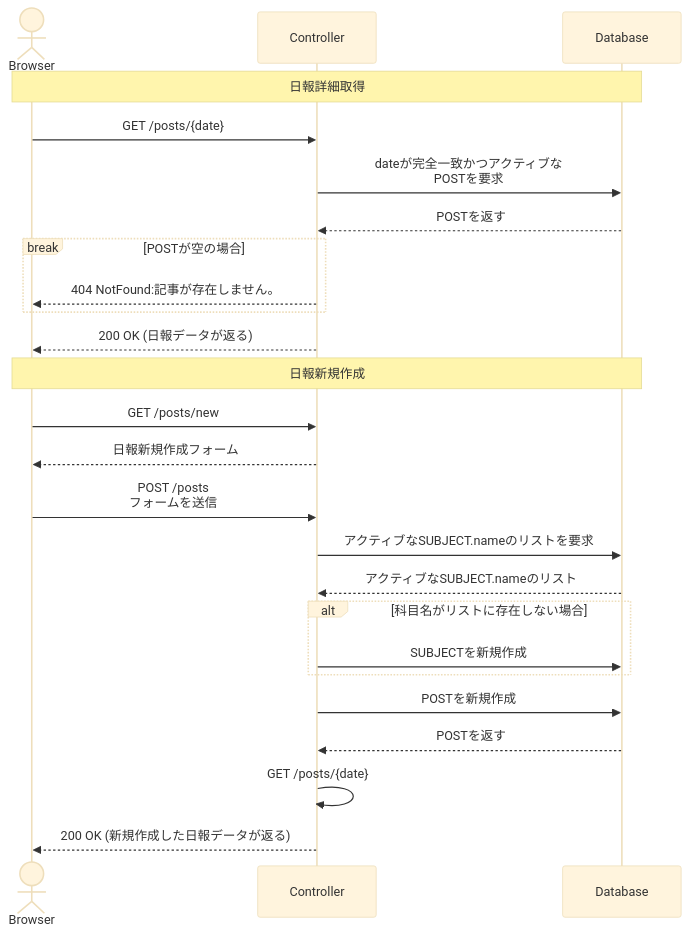
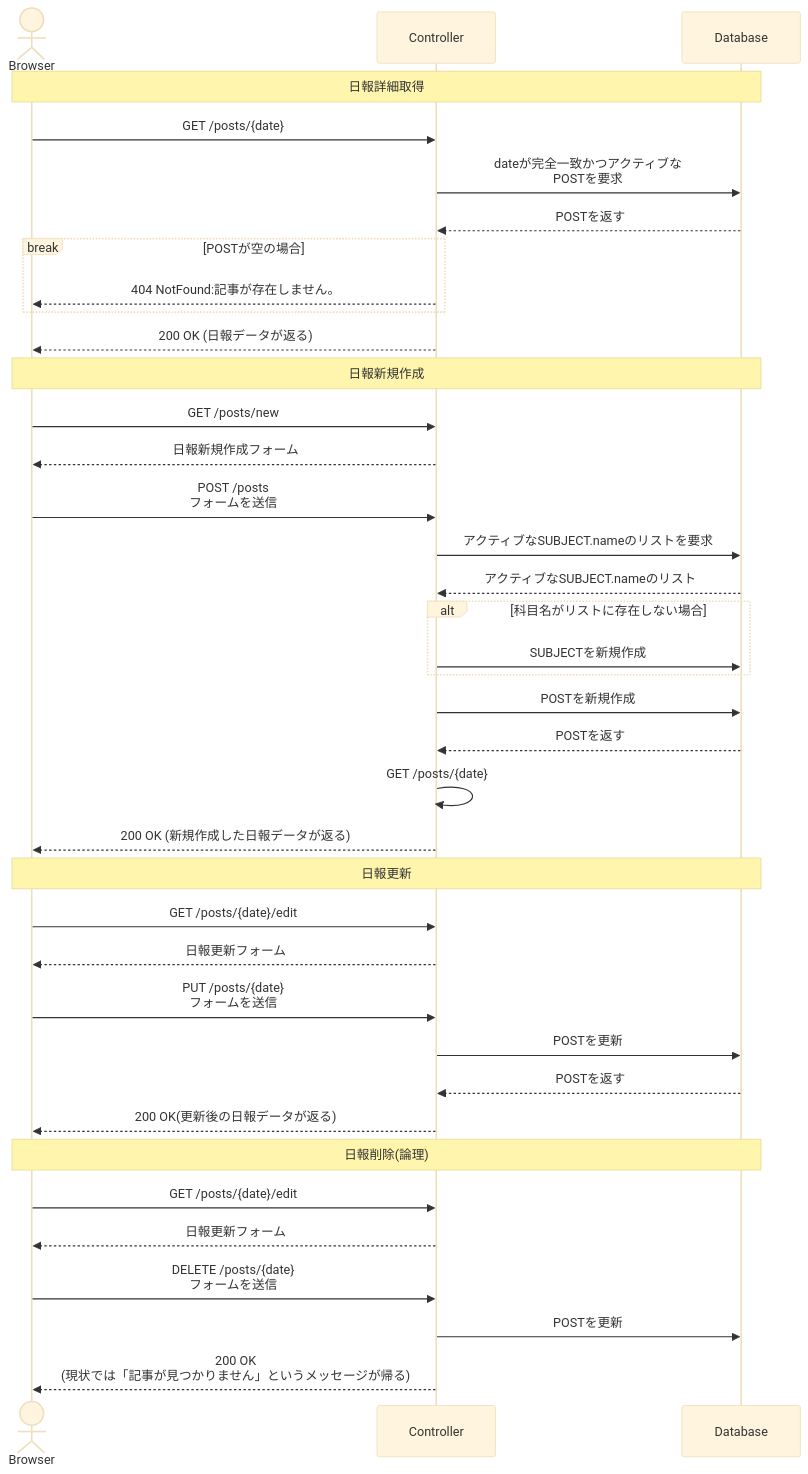
The second of 3 diagrams in README.md (saway261/study-logs), drawn with Mermaid (base theme) before and after one commit. The commit also changed other lines of this file, not shown here.

Commit message:
docs: README.md修正

````diff
--- a/README.md
+++ b/README.md
@@ -63,29 +63,44 @@
 ```mermaid
 sequenceDiagram
     actor Browser
     participant C as Controller
     participant DB as Database
     
     Note over Browser, DB: 日報詳細取得
     Browser ->> C: GET /posts/{date}
     C ->> DB: dateが完全一致かつアクティブな<br>POSTを要求
     DB -->> C: POSTを返す
     break POSTが空の場合
         C -->> Browser: 404 NotFound:記事が存在しません。
     end
     C -->> Browser: 200 OK (日報データが返る)
 
     Note over Browser, DB: 日報新規作成
     Browser ->> C: GET /posts/new
     C -->> Browser: 日報新規作成フォーム
     Browser ->> C: POST /posts<br>フォームを送信
     C ->> DB: アクティブなSUBJECT.nameのリストを要求
     DB -->> C: アクティブなSUBJECT.nameのリスト
     alt 科目名がリストに存在しない場合
         C->>DB :SUBJECTを新規作成
     end
     C ->> DB: POSTを新規作成
     DB -->> C: POSTを返す
     C ->> C: GET /posts/{date}
     C -->> Browser: 200 OK (新規作成した日報データが返る)
+
+    Note over Browser, DB: 日報更新
+    Browser ->> C: GET /posts/{date}/edit
+    C -->> Browser: 日報更新フォーム
+    Browser ->> C: PUT /posts/{date}<br>フォームを送信
+    C ->> DB: POSTを更新
+    DB -->> C: POSTを返す
+    C -->> Browser: 200 OK(更新後の日報データが返る)
+
+    Note over Browser, DB: 日報削除(論理)
+    Browser ->> C: GET /posts/{date}/edit
+    C -->> Browser: 日報更新フォーム
+    Browser ->> C: DELETE /posts/{date}<br>フォームを送信
+    C ->> DB: POSTを更新
+    C -->> Browser: 200 OK<br>(現状では「記事が見つかりません」というメッセージが帰る)
 ```
````
